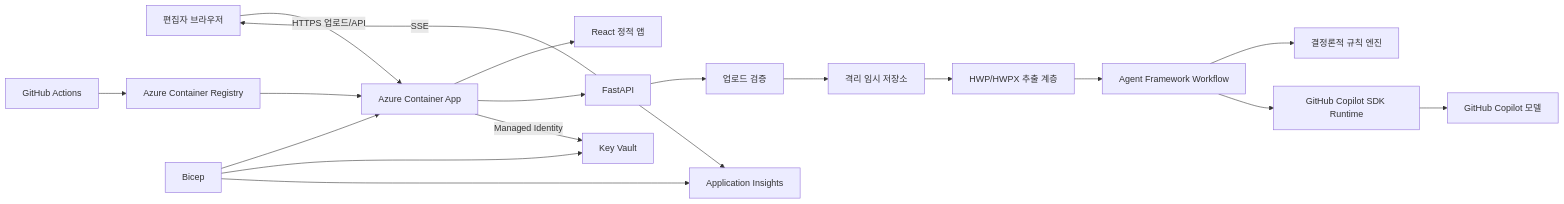
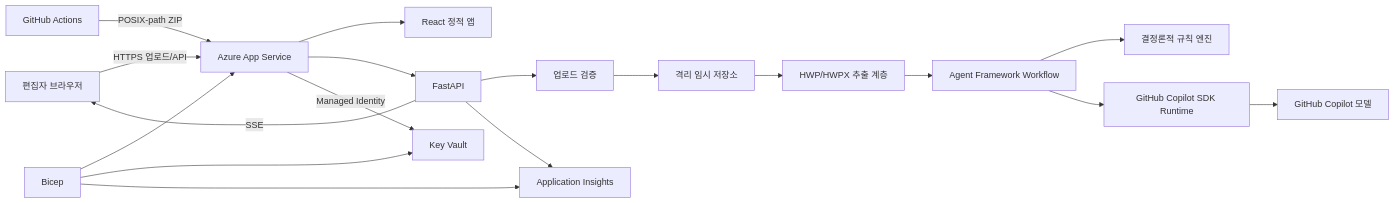
One commit to nr7726-cmyk/reference-check-agent changed the first of 2 diagrams in TRD.md. Above: the diagram before and after it, drawn with Mermaid. The commit also changed other lines of this file and 6 other files, not shown here.

Commit message:
build: align Azure App Service deployment

````diff
--- a/TRD.md
+++ b/TRD.md
@@ -21,21 +21,20 @@
 ```mermaid
 flowchart LR
-    U[편집자 브라우저] -->|HTTPS 업로드/API| CA[Azure Container App]
-    CA --> FE[React 정적 앱]
-    CA --> API[FastAPI]
+    U[편집자 브라우저] -->|HTTPS 업로드/API| APP[Azure App Service]
+    APP --> FE[React 정적 앱]
+    APP --> API[FastAPI]
     API --> V[업로드 검증]
     V --> TMP[격리 임시 저장소]
     TMP --> EX[HWP/HWPX 추출 계층]
     EX --> WF[Agent Framework Workflow]
     WF --> RE[결정론적 규칙 엔진]
     WF --> CP[GitHub Copilot SDK Runtime]
     CP --> GM[GitHub Copilot 모델]
     API -->|SSE| U
     API --> OBS[Application Insights]
-    CA -->|Managed Identity| KV[Key Vault]
-    GHA[GitHub Actions] --> ACR[Azure Container Registry]
-    ACR --> CA
-    B[Bicep] --> CA
+    APP -->|Managed Identity| KV[Key Vault]
+    GHA[GitHub Actions] -->|POSIX-path ZIP| APP
+    B[Bicep] --> APP
     B --> KV
     B --> OBS
 ```
````
